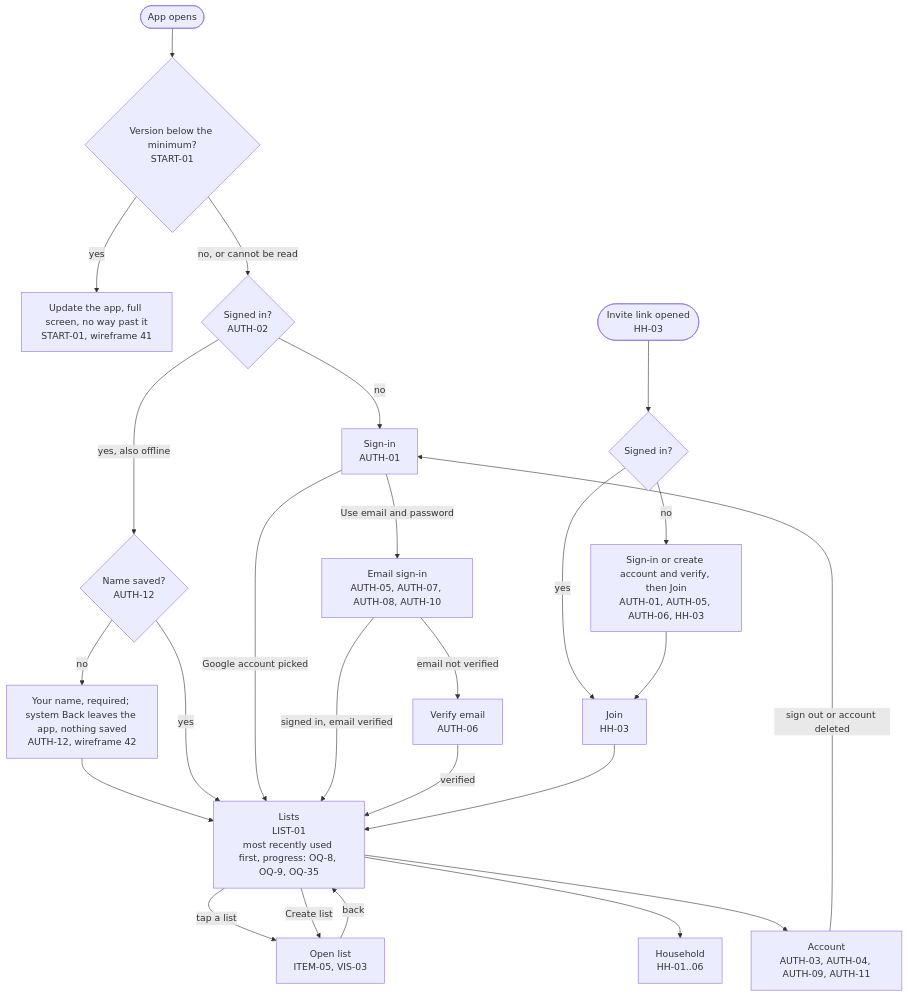
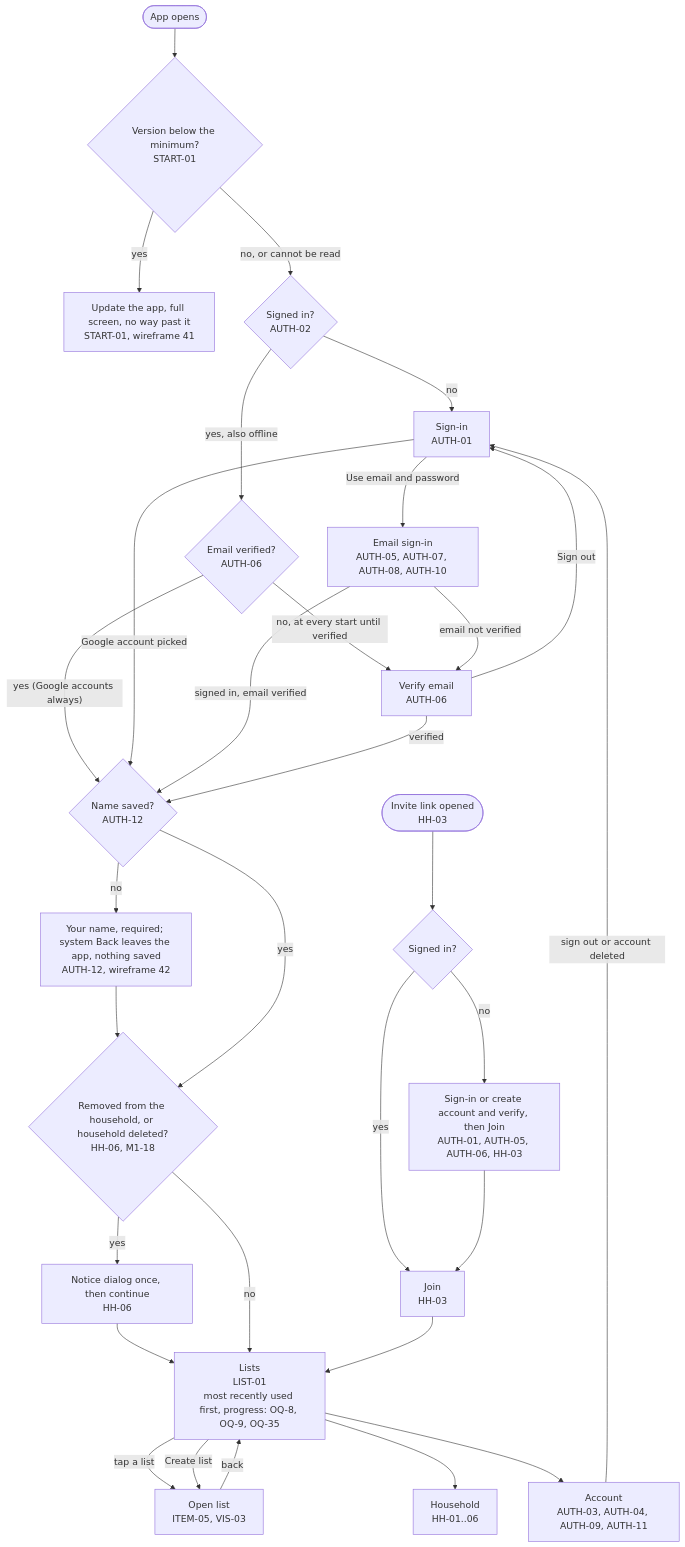
One commit to bondo/listicles2 changed the first of 11 diagrams in docs/product/flow.md. Above: the diagram before and after it, drawn with Mermaid. The commit also changed other lines of this file and 6 other files, not shown here.

````diff
--- a/docs/product/flow.md
+++ b/docs/product/flow.md
@@ -31,26 +31,31 @@
 ```mermaid
 flowchart TD
     start(["App opens"]) --> gate{"Version below the minimum?<br>START-01"}
     gate -- "yes" --> upd["Update the app, full screen, no way past it<br>START-01, wireframe 41"]
     gate -- "no, or cannot be read" --> signed{"Signed in?<br>AUTH-02"}
     signed -- "no" --> signin["Sign-in<br>AUTH-01"]
-    signed -- "yes, also offline" --> named{"Name saved?<br>AUTH-12"}
-    named -- "no" --> nm0["Your name, required; system Back leaves the app, nothing saved<br>AUTH-12, wireframe 42"] --> lists
-    named -- "yes" --> lists["Lists<br>LIST-01<br>most recently used first, progress: OQ-8, OQ-9, OQ-35"]
-    signin -- "Google account picked" --> lists
+    signed -- "yes, also offline" --> ver{"Email verified?<br>AUTH-06"}
+    ver -- "no, at every start until verified" --> verify
+    ver -- "yes (Google accounts always)" --> named{"Name saved?<br>AUTH-12"}
+    named -- "no" --> nm0["Your name, required; system Back leaves the app, nothing saved<br>AUTH-12, wireframe 42"] --> heal
+    named -- "yes" --> heal{"Removed from the household, or household deleted?<br>HH-06, M1-18"}
+    heal -- "yes" --> notice["Notice dialog once, then continue<br>HH-06"] --> lists
+    heal -- "no" --> lists["Lists<br>LIST-01<br>most recently used first, progress: OQ-8, OQ-9, OQ-35"]
+    signin -- "Google account picked" --> named
     signin -- "Use email and password" --> email["Email sign-in<br>AUTH-05, AUTH-07, AUTH-08, AUTH-10"]
-    email -- "signed in, email verified" --> lists
+    email -- "signed in, email verified" --> named
     email -- "email not verified" --> verify["Verify email<br>AUTH-06"]
-    verify -- "verified" --> lists
+    verify -- "verified" --> named
+    verify -- "Sign out" --> signin
     link(["Invite link opened<br>HH-03"]) --> signed2{"Signed in?"}
     signed2 -- "no" --> signin2["Sign-in or create account and verify, then Join<br>AUTH-01, AUTH-05, AUTH-06, HH-03"]
     signed2 -- "yes" --> join["Join<br>HH-03"]
     signin2 --> join
     join --> lists
     lists -- "tap a list" --> open["Open list<br>ITEM-05, VIS-03"]
     lists -- "Create list" --> open
     lists --> household["Household<br>HH-01..06"]
     lists --> account["Account<br>AUTH-03, AUTH-04, AUTH-09, AUTH-11"]
     open -- "back" --> lists
     account -- "sign out or account deleted" --> signin
 ```
````
